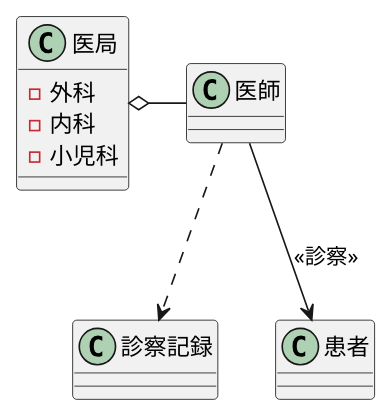
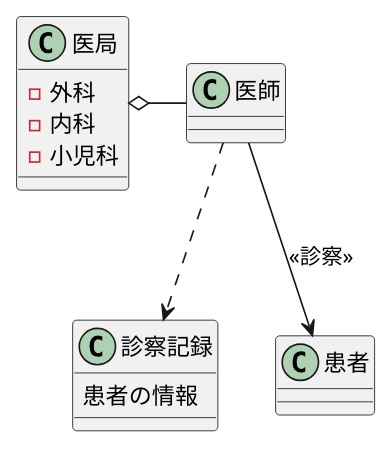
The diagram in 演習3-2_CL_医師と患者と医局と診療記録.pu (miyanokengo/uml-introduction), drawn with PlantUML before and after one commit.

Commit message:
授業課題

```diff
--- a/演習3-2_CL_医師と患者と医局と診療記録.pu
+++ b/演習3-2_CL_医師と患者と医局と診療記録.pu
@@ -1,14 +1,15 @@
 @startuml
 class 医局 {
  - 外科
  - 内科
  - 小児科
 }
 class 診察記録 {
+    患者の情報
 }
 class 患者 {
 }
 医局 o- 医師
 医師-->患者: << 診察 >>
 医師 ..> 診察記録
 @enduml
```
